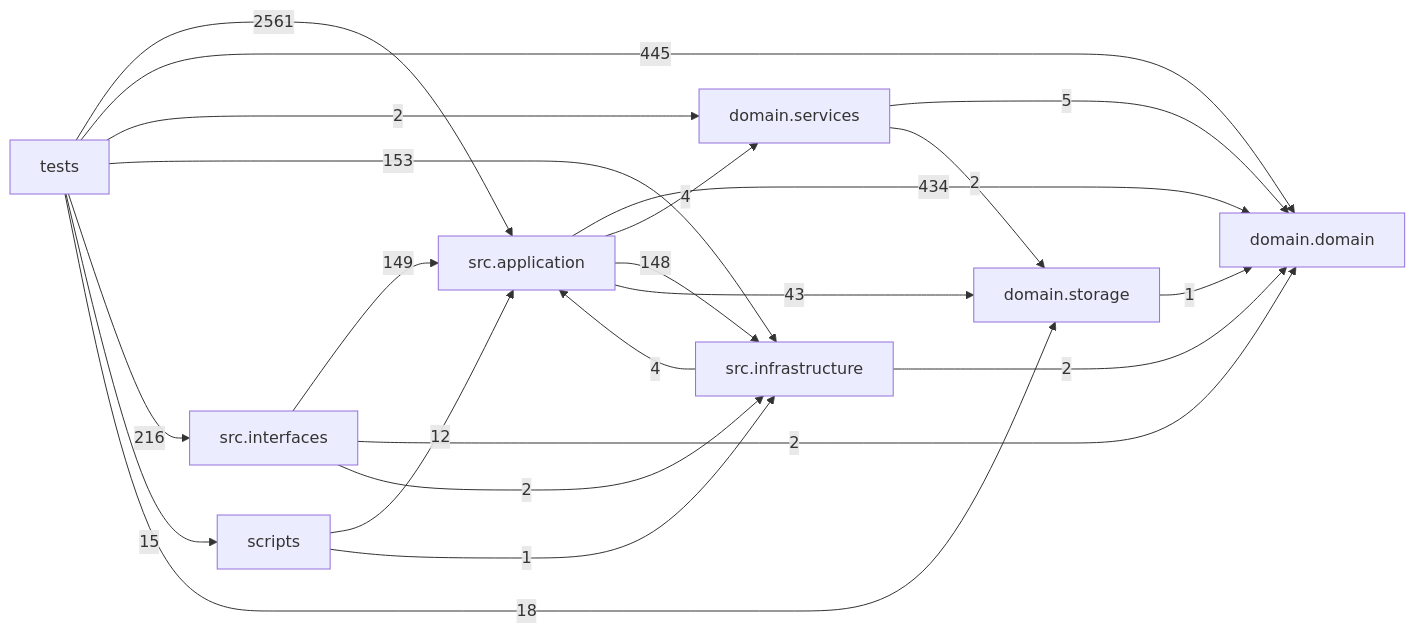
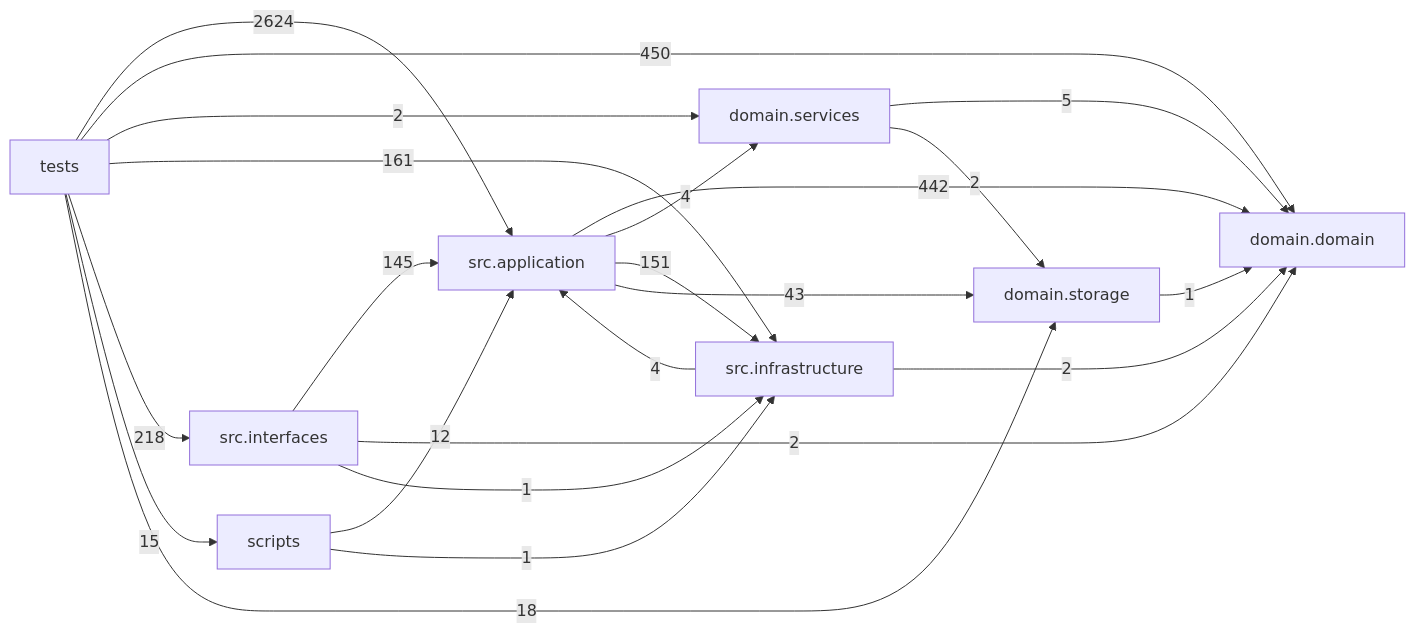
One commit to liuxie066/options-monitor changed the diagram in docs/DEPENDENCY_GRAPH.md. Above: the diagram before and after it, drawn with Mermaid. The commit also changed other lines of this file and 7 other files, not shown here.

````diff
--- a/docs/DEPENDENCY_GRAPH.md
+++ b/docs/DEPENDENCY_GRAPH.md
@@ -24,32 +24,32 @@
 ```mermaid
 flowchart LR
   tests["tests"]
   scripts["scripts"]
   interfaces["src.interfaces"]
   application["src.application"]
   infrastructure["src.infrastructure"]
   domain_services["domain.services"]
   domain["domain.domain"]
   storage["domain.storage"]
-  application -->|434| domain
+  application -->|442| domain
   application -->|4| domain_services
-  application -->|148| infrastructure
+  application -->|151| infrastructure
   application -->|43| storage
   domain_services -->|5| domain
   domain_services -->|2| storage
   infrastructure -->|4| application
   infrastructure -->|2| domain
-  interfaces -->|149| application
+  interfaces -->|145| application
   interfaces -->|2| domain
-  interfaces -->|2| infrastructure
+  interfaces -->|1| infrastructure
   scripts -->|12| application
   scripts -->|1| infrastructure
   storage -->|1| domain
-  tests -->|2561| application
-  tests -->|445| domain
+  tests -->|2624| application
+  tests -->|450| domain
   tests -->|2| domain_services
-  tests -->|153| infrastructure
-  tests -->|216| interfaces
+  tests -->|161| infrastructure
+  tests -->|218| interfaces
   tests -->|15| scripts
   tests -->|18| storage
 ```
````
